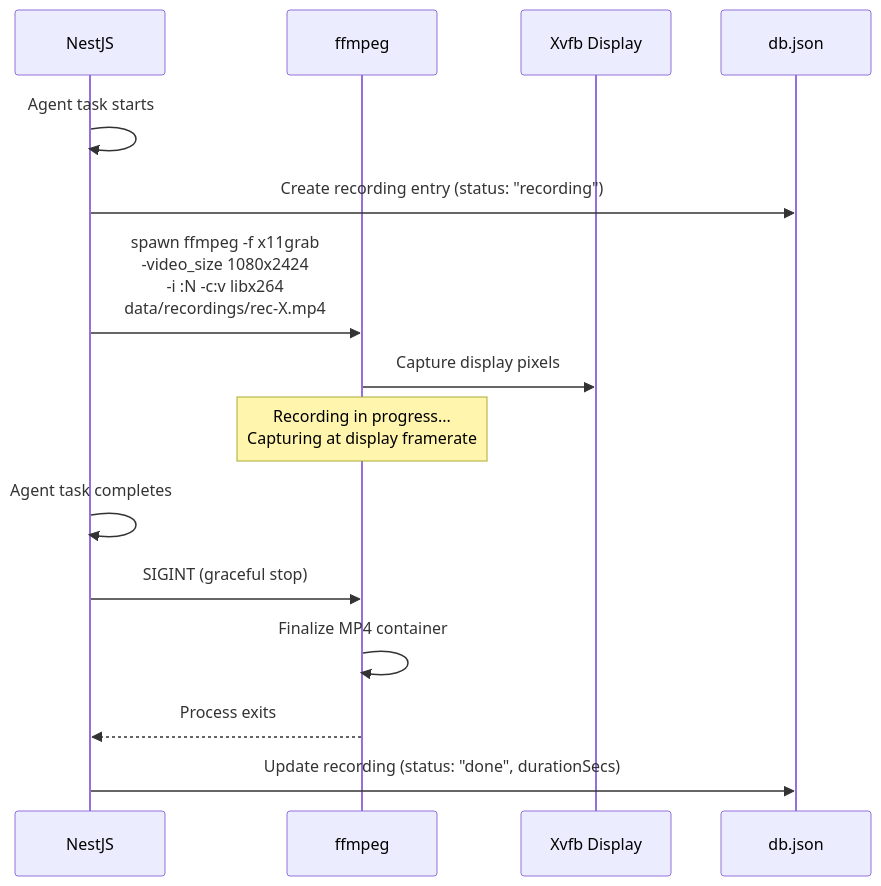
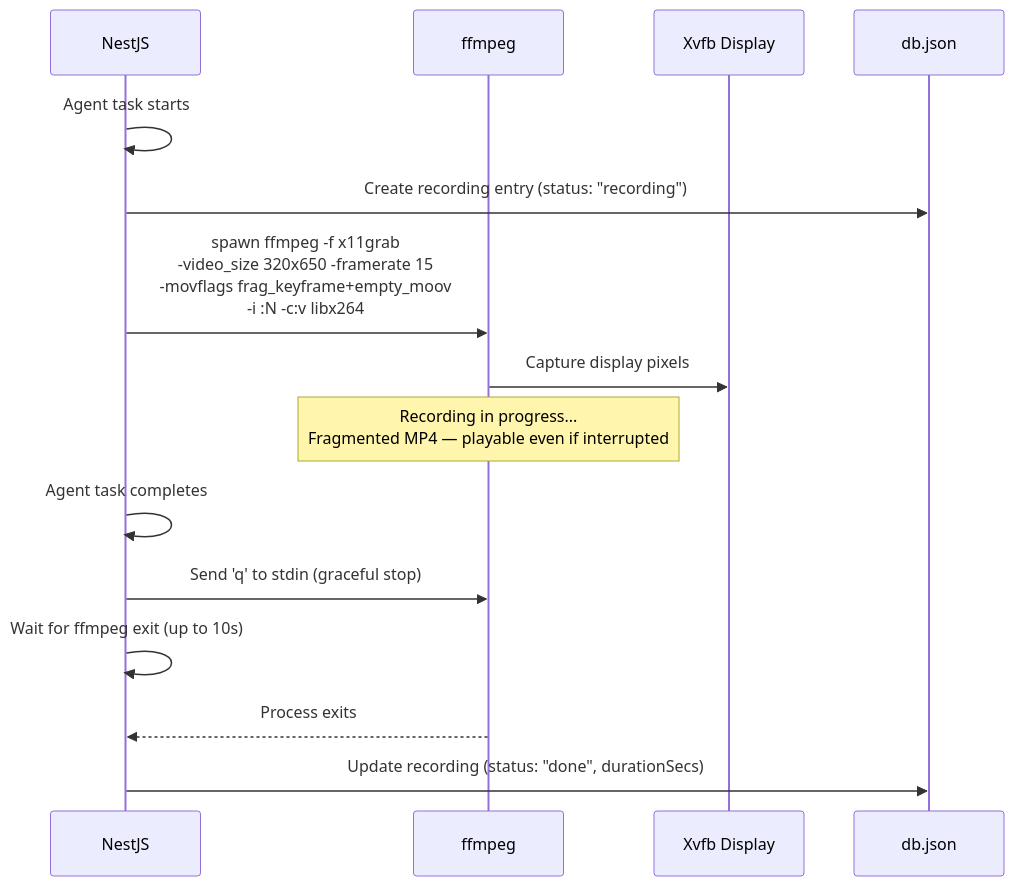
One commit to mhd12e/MAS changed the ninth of 15 diagrams in docs/getting-started/how-it-works.md. Above: the diagram before and after it, drawn with Mermaid. The commit also changed other lines of this file and 3 other files, not shown here.

````diff
--- a/docs/getting-started/how-it-works.md
+++ b/docs/getting-started/how-it-works.md
@@ -256,20 +256,20 @@
 ```mermaid
 sequenceDiagram
     participant NestJS as NestJS
     participant FFMPEG as ffmpeg
     participant XVFB as Xvfb Display
     participant DB as db.json
 
     NestJS->>NestJS: Agent task starts
     NestJS->>DB: Create recording entry (status: "recording")
-    NestJS->>FFMPEG: spawn ffmpeg -f x11grab<br/>-video_size 1080x2424<br/>-i :N -c:v libx264<br/>data/recordings/rec-X.mp4
+    NestJS->>FFMPEG: spawn ffmpeg -f x11grab<br/>-video_size 320x650 -framerate 15<br/>-movflags frag_keyframe+empty_moov<br/>-i :N -c:v libx264
     FFMPEG->>XVFB: Capture display pixels
 
-    Note over FFMPEG: Recording in progress...<br/>Capturing at display framerate
+    Note over FFMPEG: Recording in progress...<br/>Fragmented MP4 — playable even if interrupted
 
     NestJS->>NestJS: Agent task completes
-    NestJS->>FFMPEG: SIGINT (graceful stop)
-    FFMPEG->>FFMPEG: Finalize MP4 container
+    NestJS->>FFMPEG: Send 'q' to stdin (graceful stop)
+    NestJS->>NestJS: Wait for ffmpeg exit (up to 10s)
     FFMPEG-->>NestJS: Process exits
     NestJS->>DB: Update recording (status: "done", durationSecs)
 ```
````
